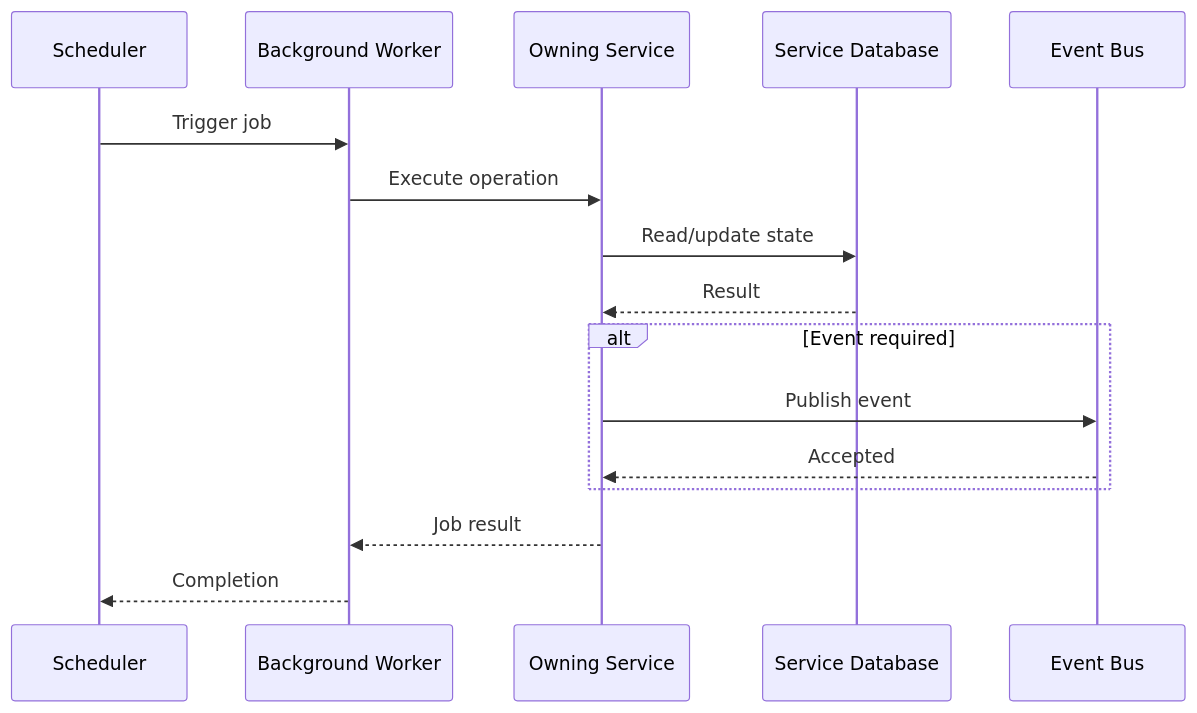
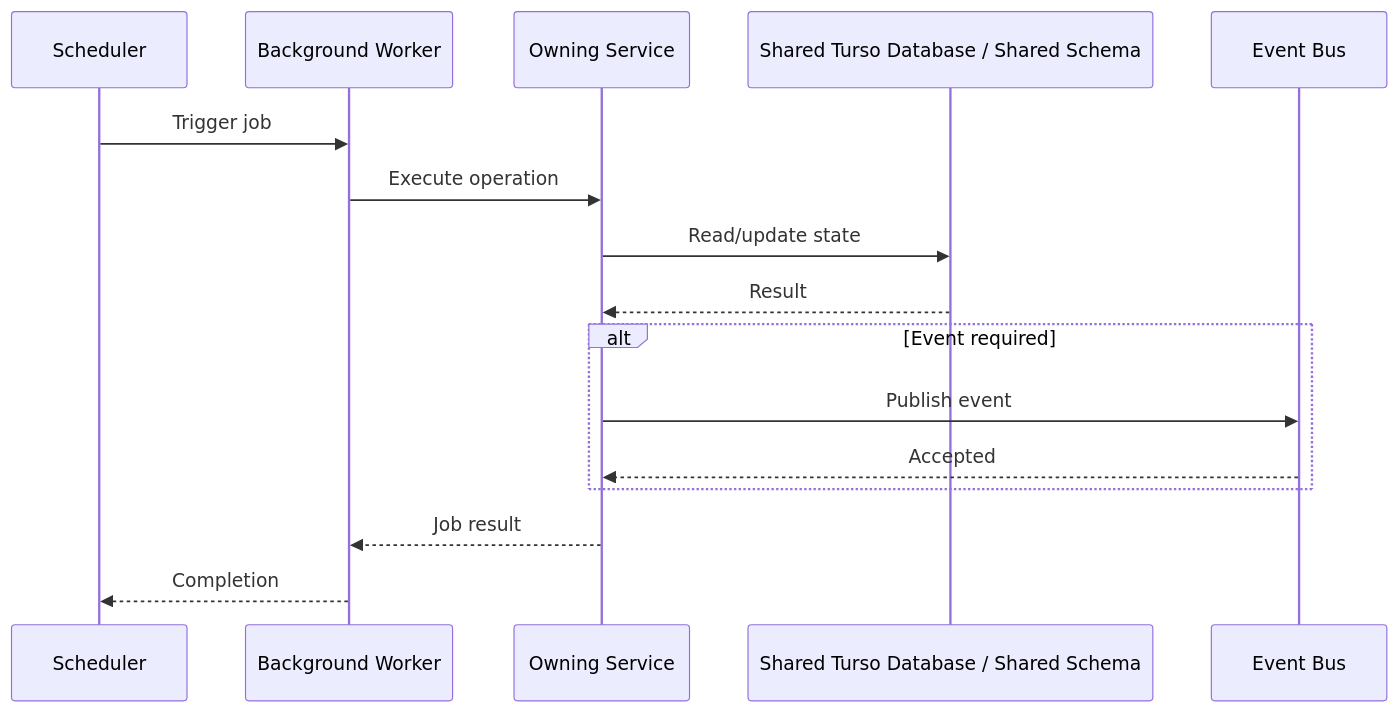
The diagram in 07 Engineering Artifacts/Sequence Diagrams/Background Jobs.md (hamzahaqqani/FluxDine-Architecture-Bible.), drawn with Mermaid before and after one commit. The commit also changed 5 other files, not shown here.

Commit message:
docs: finalize shared database architecture consistency

````diff
--- a/07 Engineering Artifacts/Sequence Diagrams/Background Jobs.md
+++ b/07 Engineering Artifacts/Sequence Diagrams/Background Jobs.md
@@ -3,22 +3,22 @@
 ```mermaid
 sequenceDiagram
 
     participant Scheduler as Scheduler
     participant Worker as Background Worker
     participant Service as Owning Service
-    participant DB as Service Database
+    participant DB as Shared Turso Database / Shared Schema
     participant EventBus as Event Bus
 
     Scheduler->>Worker: Trigger job
     Worker->>Service: Execute operation
     Service->>DB: Read/update state
     DB-->>Service: Result
 
     alt Event required
         Service->>EventBus: Publish event
         EventBus-->>Service: Accepted
     end
 
     Service-->>Worker: Job result
     Worker-->>Scheduler: Completion
 ```
````
